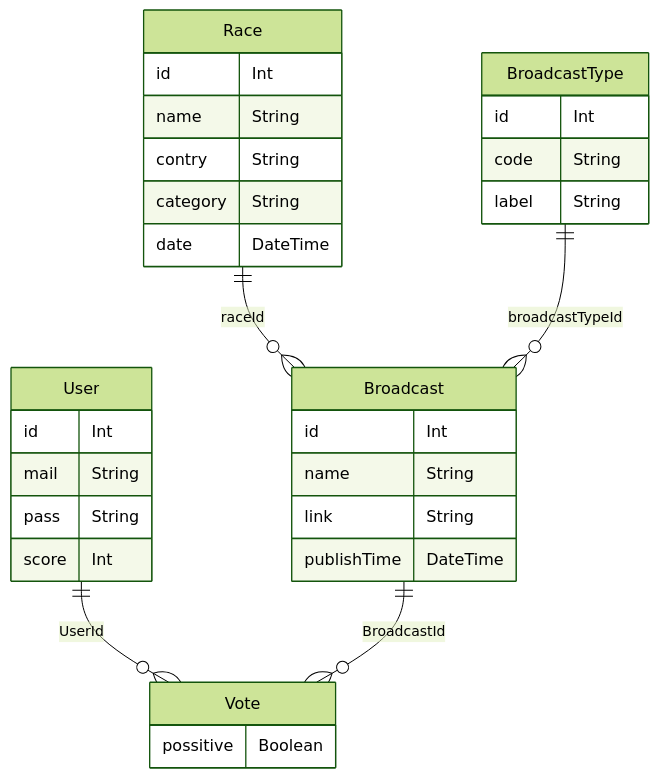
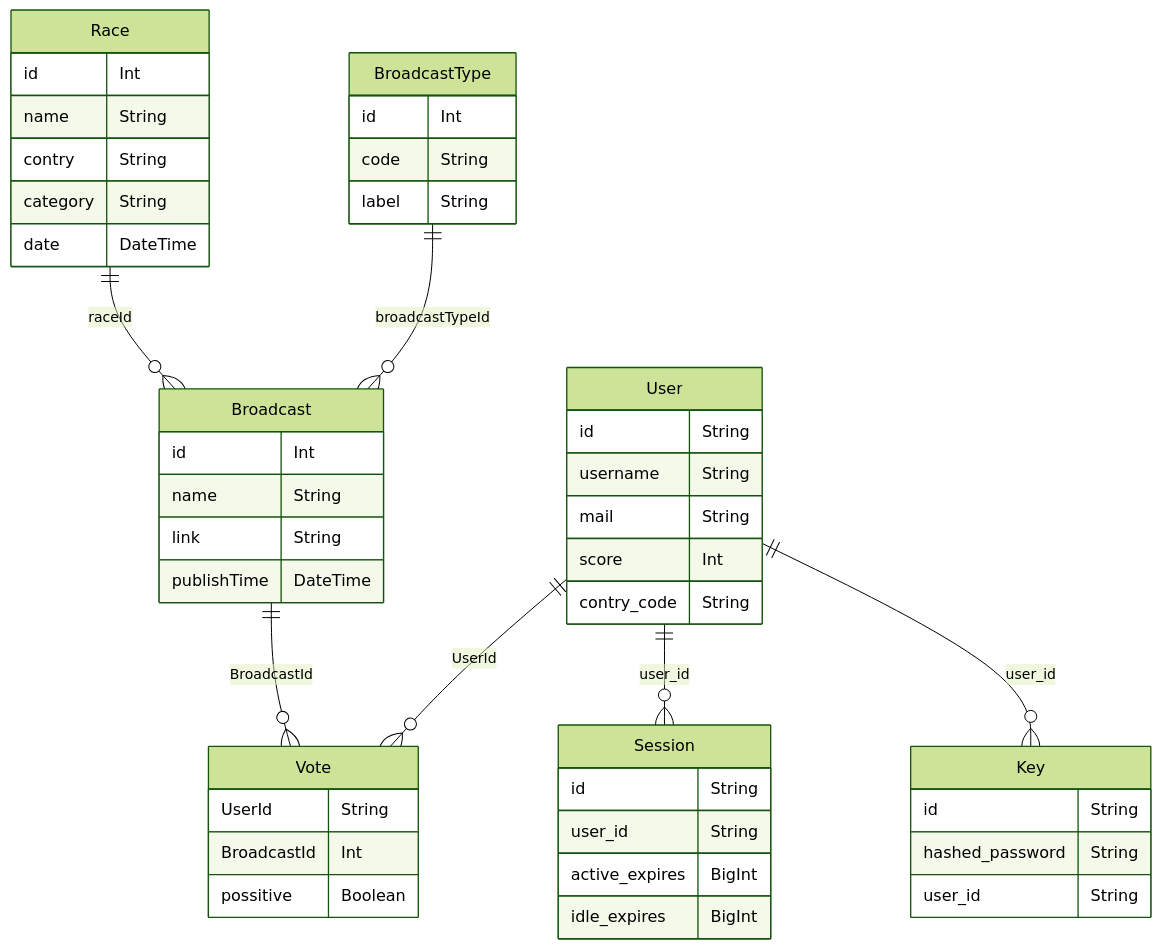
Before and after one commit to where-to-watch-NCR/web: the diagram in README.md, drawn with Mermaid (forest theme).

````diff
--- a/README.md
+++ b/README.md
@@ -38,40 +38,59 @@
 ```mermaid
 erDiagram
   Race ||--o{ Broadcast : "raceId"
   BroadcastType ||--o{ Broadcast : "broadcastTypeId"
   User ||--o{ Vote : "UserId"
   Broadcast ||--o{ Vote : "BroadcastId"
+  User ||--o{ Session : "user_id"
+  User ||--o{ Key : "user_id"
 
   Race {
     id Int
     name String
     contry String
     category String
     date DateTime
   }
 
   BroadcastType {
     id Int
     code String
     label String
   }
 
   Broadcast {
     id Int
     name String
     link String
     publishTime DateTime
   }
 
   User {
-    id Int
+    id String
+    username String
     mail String
-    pass String
     score Int
+    contry_code String
   }
 
   Vote {
+    UserId String
+    BroadcastId Int
     possitive Boolean
   }
 
+  Session {
+    id String
+    user_id String
+    active_expires BigInt
+    idle_expires BigInt
+  }
+
+  Key {
+    id String
+    hashed_password String
+    user_id String
+  }
+
+
 ```
````
